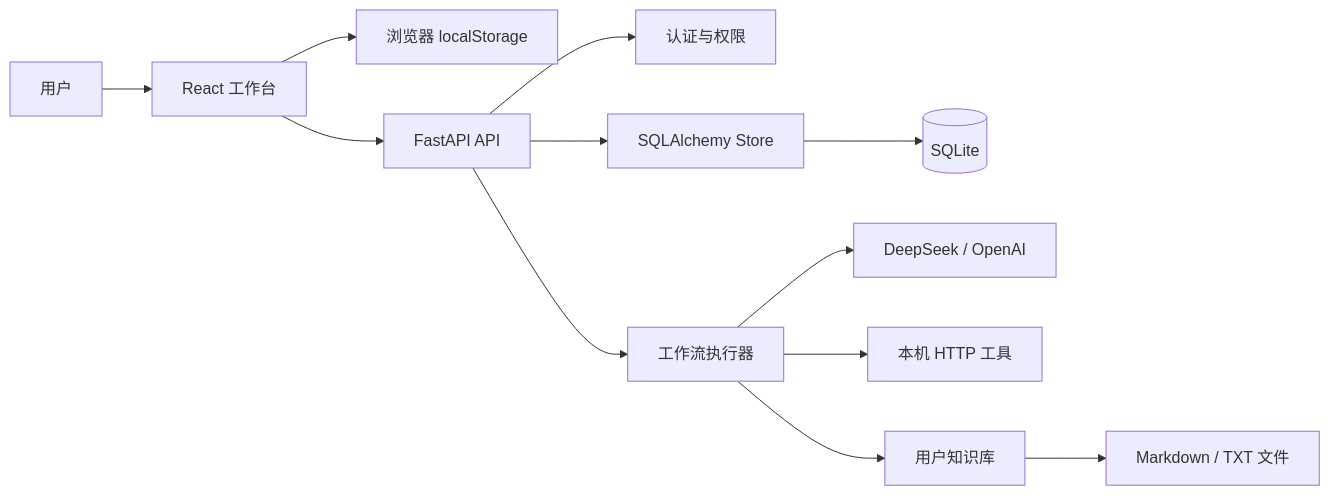
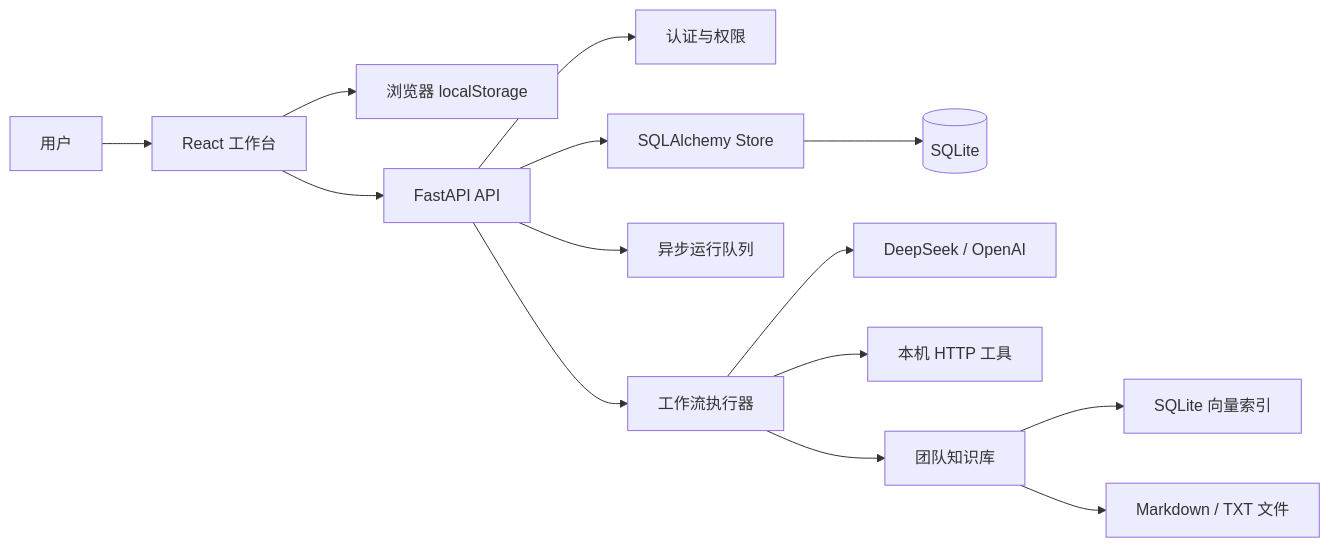
Before and after one commit to 996963759/workflow-studio: the first of 3 diagrams in docs/architecture.md, drawn with Mermaid. The commit also changed other lines of this file and 21 other files, not shown here.

````diff
--- a/docs/architecture.md
+++ b/docs/architecture.md
@@ -5,14 +5,16 @@
 ```mermaid
 flowchart LR
   User[用户] --> UI[React 工作台]
   UI --> Local[浏览器 localStorage]
   UI --> API[FastAPI API]
   API --> Auth[认证与权限]
   API --> Store[SQLAlchemy Store]
   Store --> DB[(SQLite)]
+  API --> Jobs[异步运行队列]
   API --> Runner[工作流执行器]
   Runner --> LLM[DeepSeek / OpenAI]
   Runner --> Tool[本机 HTTP 工具]
-  Runner --> KB[用户知识库]
+  Runner --> KB[团队知识库]
+  KB --> Vector[SQLite 向量索引]
   KB --> Files[Markdown / TXT 文件]
 ```
````
